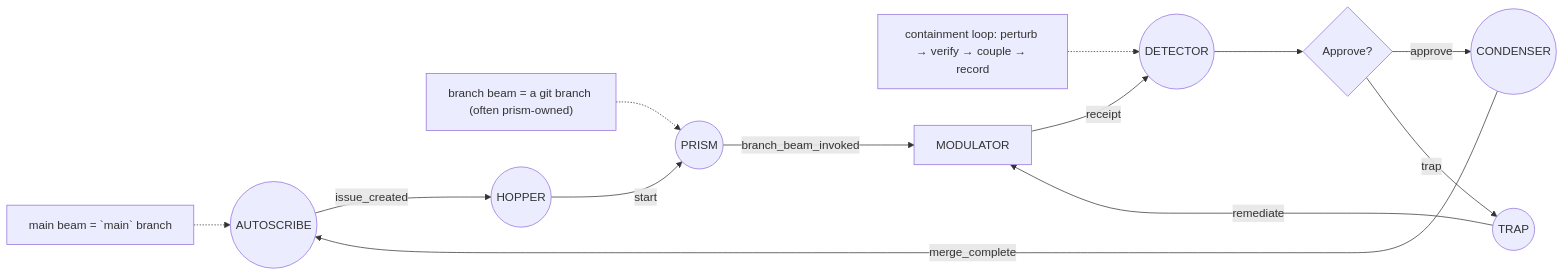
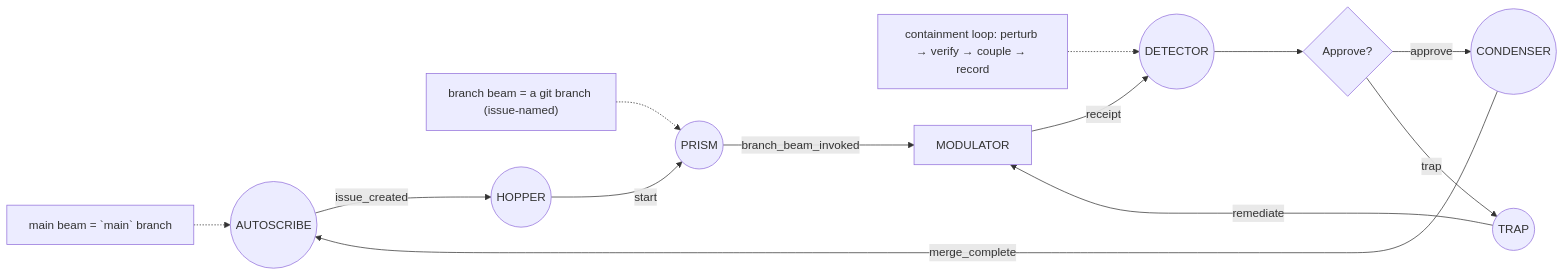
One commit to eoghanleo/phosphene-greenfield changed the first of 2 diagrams in README.md. Above: the diagram before and after it, drawn with Mermaid. The commit also changed other lines of this file and 10 other files, not shown here.

````diff
--- a/README.md
+++ b/README.md
@@ -416,41 +417,41 @@
 ```mermaid
 flowchart LR
   %% Reactor anatomy notes (metaphor mode)
   NOTE_MAIN["main beam = `main` branch"]
-  NOTE_BRANCH["branch beam = a git branch (often prism-owned)"]
+  NOTE_BRANCH["branch beam = a git branch (issue-named)"]
   NOTE_LOOP["containment loop: perturb → verify → couple → record"]
 
   %% Gantries (circles)
   AS((AUTOSCRIBE))
   H((HOPPER))
   P((PRISM))
   D((DETECTOR))
   K((CONDENSER))
   T((TRAP))
 
   %% Apparatus (square)
   MOD[MODULATOR]
 
   %% Decision (diamond)
   DEC{Approve?}
 
   %% Core loop
   AS -->|issue_created| H
   H -->|start| P
   P -->|branch_beam_invoked| MOD
   MOD -->|receipt| D
   D --> DEC
 
   %% Detector split
   DEC -->|approve| K
   DEC -->|trap| T
 
   %% Reactor loops
   K -->|merge_complete| AS
   T -->|remediate| MOD
 
   %% Notes (dotted anchors)
   NOTE_MAIN -.-> AS
   NOTE_BRANCH -.-> P
   NOTE_LOOP -.-> D
 ```
````
